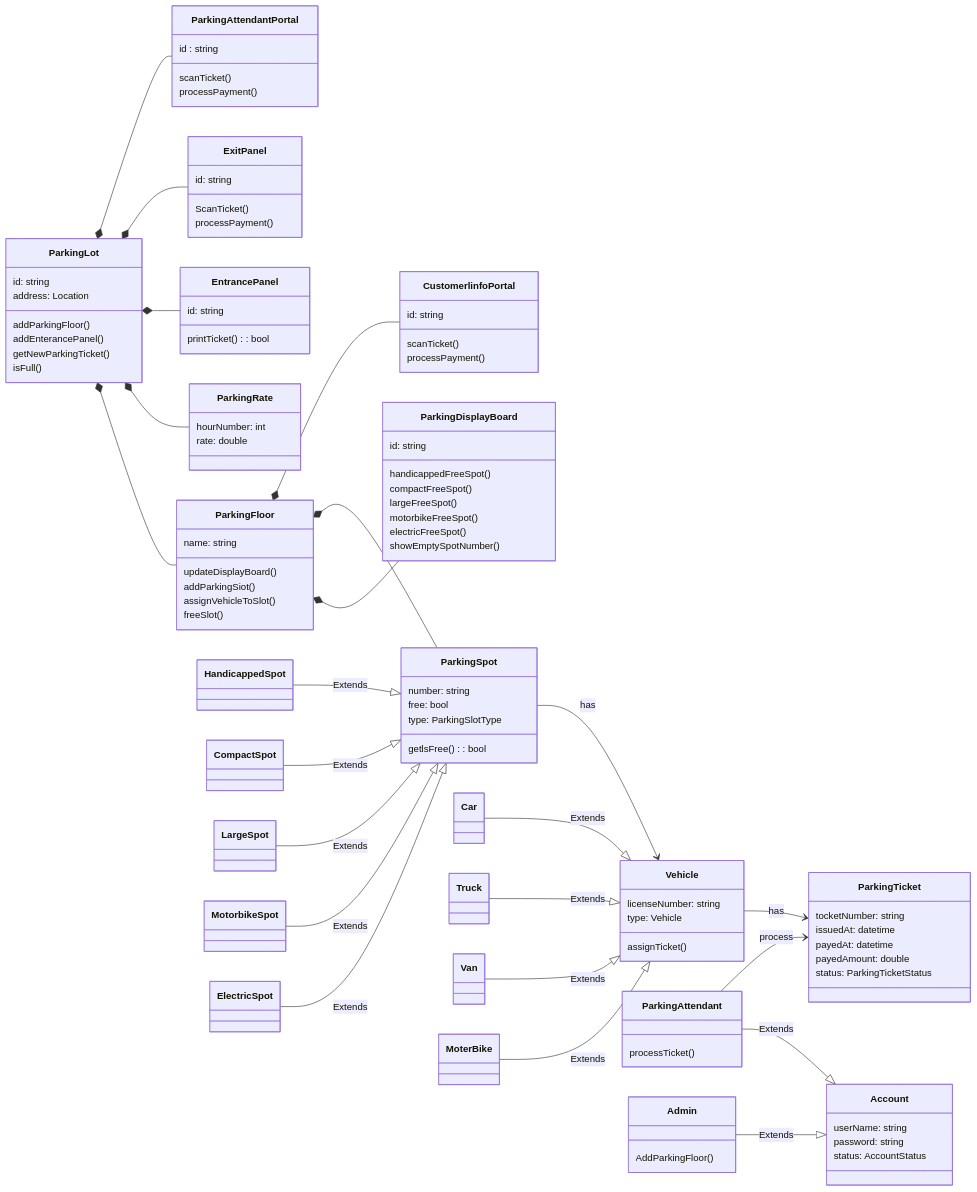
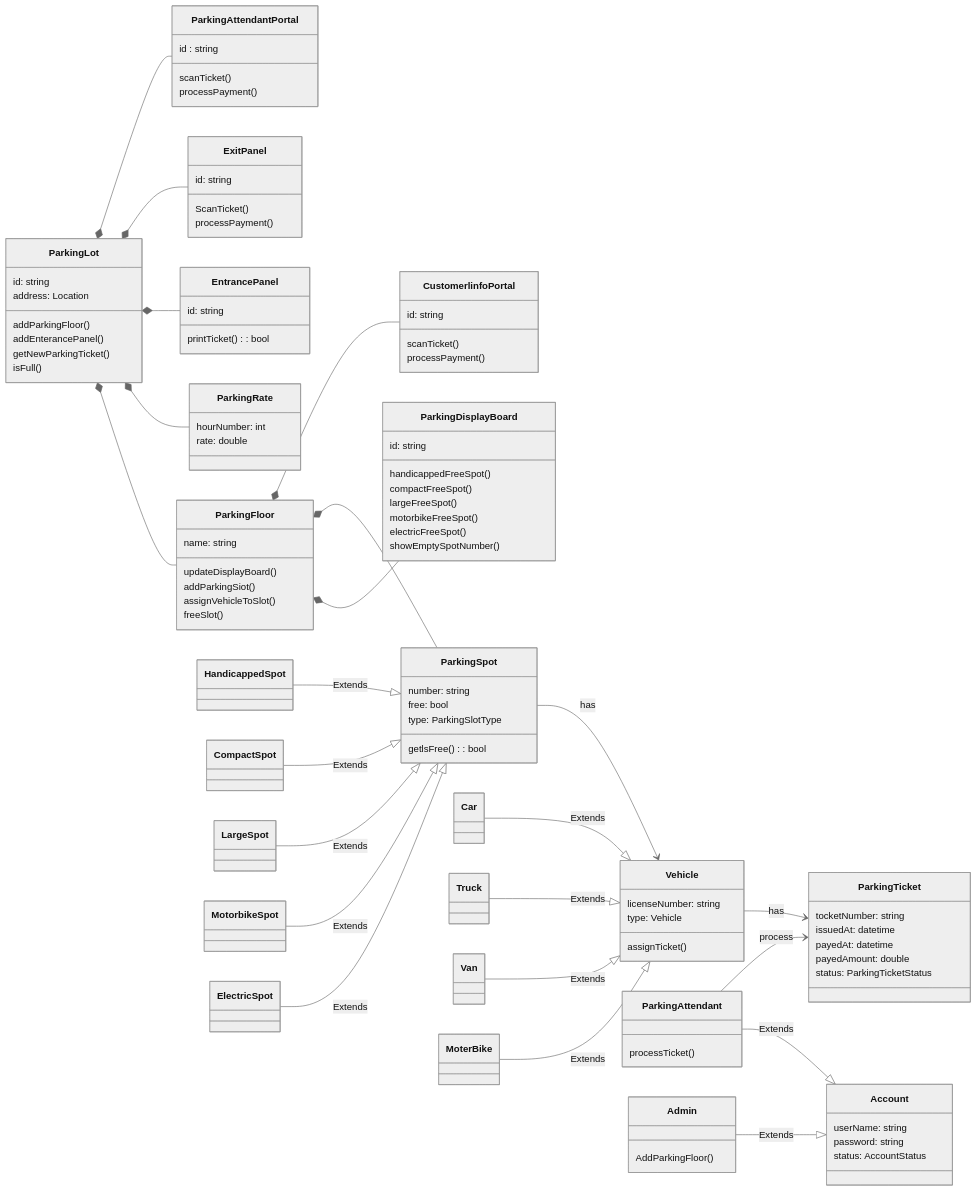
One commit to piyushmani/grokking-the-object-oriented-design-interview changed the first of 2 diagrams in Parking Lot/readme.md. Above: the diagram before and after it, drawn with Mermaid.

````diff
--- a/Parking Lot/readme.md
+++ b/Parking Lot/readme.md
@@ -27,5 +27,5 @@
 ```mermaid
-
+%%{init: { "theme": "neutral"} }%%
 classDiagram
     direction LR
     class ParkingLot{
````
